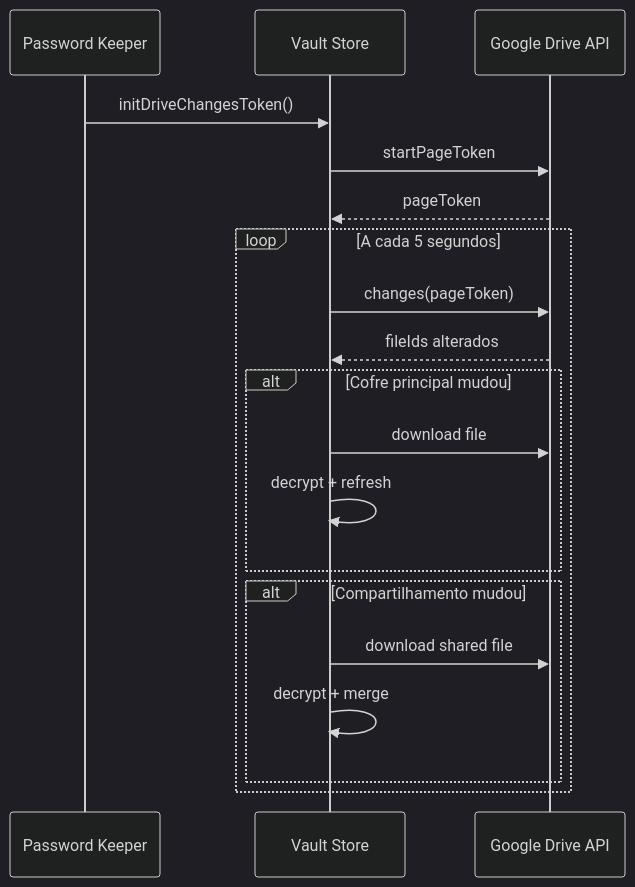
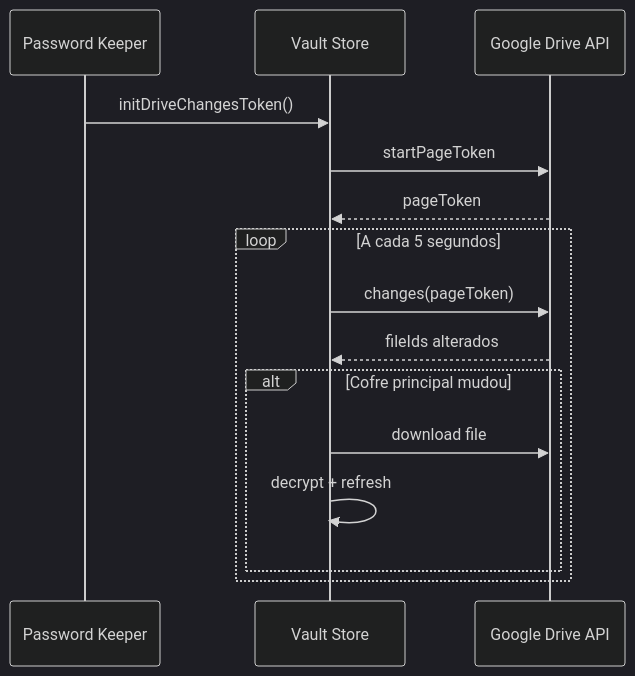
The sixth of 8 diagrams in README.md (Praesens-tech/passwordKeeper), drawn with Mermaid (dark theme) before and after one commit. The commit also changed other lines of this file and 31 other files, not shown here.

````diff
--- a/README.md
+++ b/README.md
@@ -296,22 +299,18 @@
 ```mermaid
 sequenceDiagram
   participant App as Password Keeper
   participant Store as Vault Store
   participant Drive as Google Drive API
 
   App->>Store: initDriveChangesToken()
   Store->>Drive: startPageToken
   Drive-->>Store: pageToken
   loop A cada 5 segundos
     Store->>Drive: changes(pageToken)
     Drive-->>Store: fileIds alterados
     alt Cofre principal mudou
       Store->>Drive: download file
       Store->>Store: decrypt + refresh
     end
-    alt Compartilhamento mudou
-      Store->>Drive: download shared file
-      Store->>Store: decrypt + merge
-    end
   end
 ```
````
